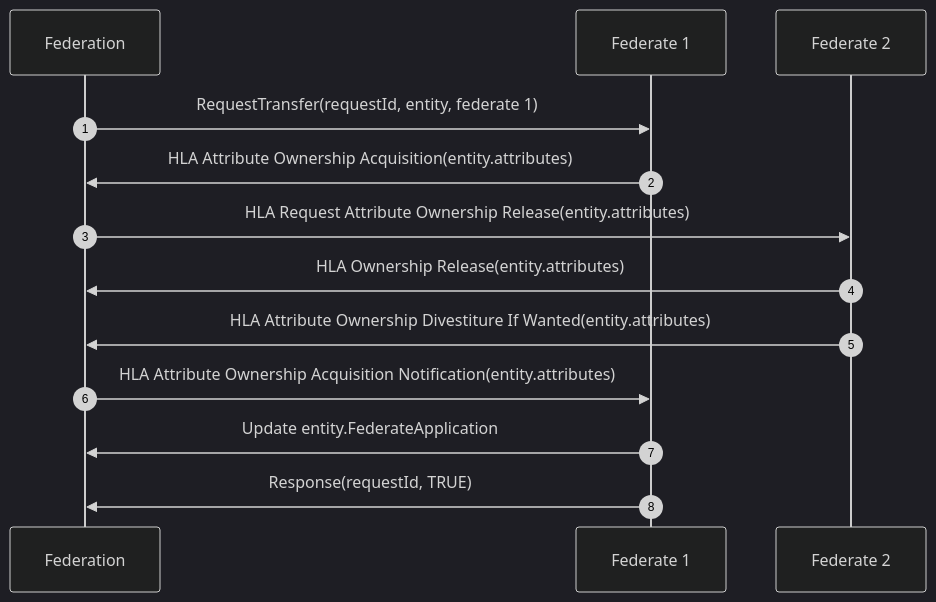
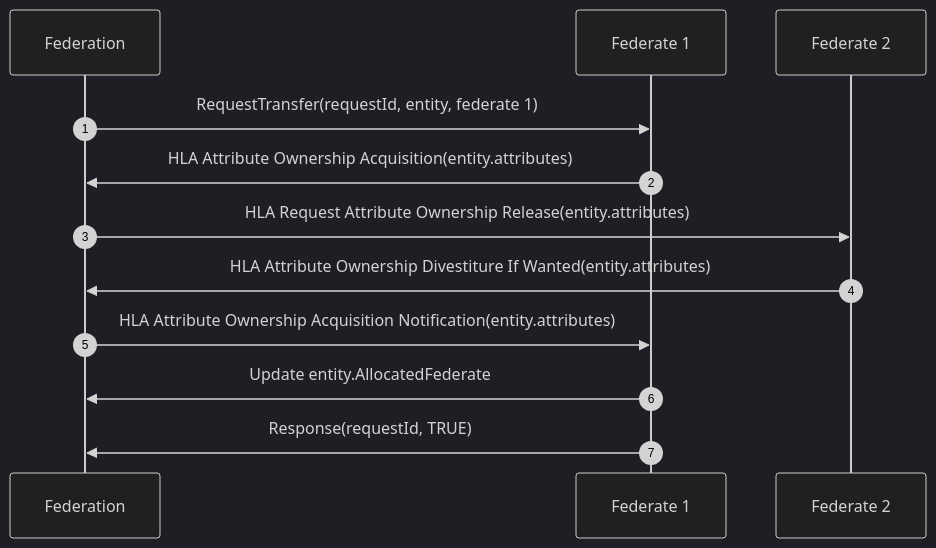
Before and after one commit to AMSP-04/NETN-TMR: the second of 5 diagrams in NETN-TMR.md, drawn with Mermaid (dark theme). The commit also changed other lines of this file and 1 other file, not shown here.

````diff
--- a/NETN-TMR.md
+++ b/NETN-TMR.md
@@ -65,14 +65,13 @@
 ``` mermaid 
  
 sequenceDiagram 
 autonumber
 Federation ->>Federate 1:RequestTransfer(requestId, entity, federate 1) 
 Federate 1->>Federation:HLA Attribute Ownership Acquisition(entity.attributes) 
 Federation->>Federate 2:HLA Request Attribute Ownership Release(entity.attributes) 
-Federate 2->>Federation:HLA Ownership Release(entity.attributes) 
 Federate 2->>Federation:HLA Attribute Ownership Divestiture If Wanted(entity.attributes) 
 Federation->>Federate 1:HLA Attribute Ownership Acquisition Notification(entity.attributes) 
-Federate 1->>Federation:Update entity.FederateApplication 
+Federate 1->>Federation:Update entity.AllocatedFederate 
 Federate 1->>Federation:Response(requestId, TRUE) 
  
 ``` 
````
